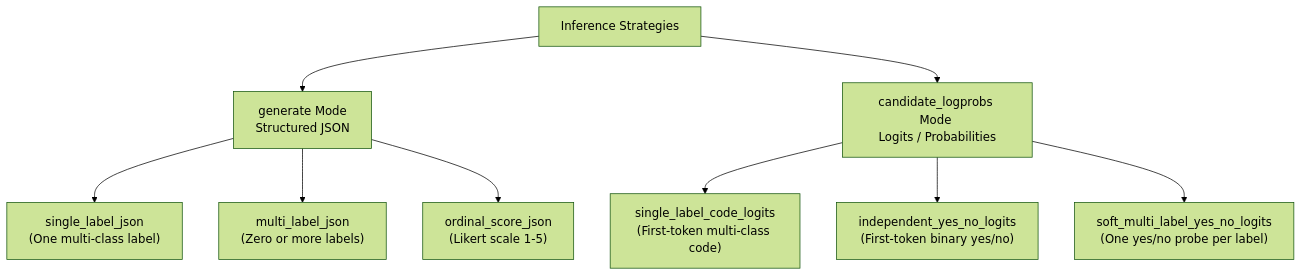
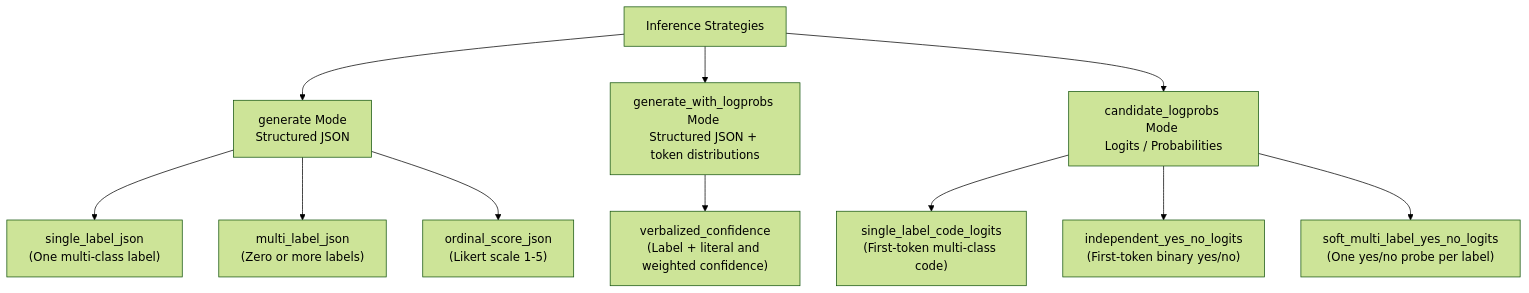
One commit to joelcalm/llms-experiments changed the diagram in docs/strategies_review.md. Above: the diagram before and after it, drawn with Mermaid (forest theme). The commit also changed other lines of this file and 8 other files, not shown here.

Commit message:
docs: release 1.0.0 documentation, architecture guides, badges, and codebase guide

````diff
--- a/docs/strategies_review.md
+++ b/docs/strategies_review.md
@@ -15,13 +16,15 @@
 ```mermaid
 graph TD
     A[Inference Strategies] --> B[generate Mode <br/>Structured JSON]
+    A --> D[generate_with_logprobs Mode <br/>Structured JSON + token distributions]
     A --> C[candidate_logprobs Mode <br/>Logits / Probabilities]
 
     B --> B1["single_label_json<br/>(One multi-class label)"]
     B --> B2["multi_label_json<br/>(Zero or more labels)"]
     B --> B3["ordinal_score_json<br/>(Likert scale 1-5)"]
 
     C --> C1["single_label_code_logits<br/>(First-token multi-class code)"]
     C --> C2["independent_yes_no_logits<br/>(First-token binary yes/no)"]
     C --> C3["soft_multi_label_yes_no_logits<br/>(One yes/no probe per label)"]
+    D --> D1["verbalized_confidence<br/>(Label + literal and weighted confidence)"]
 ```
````
